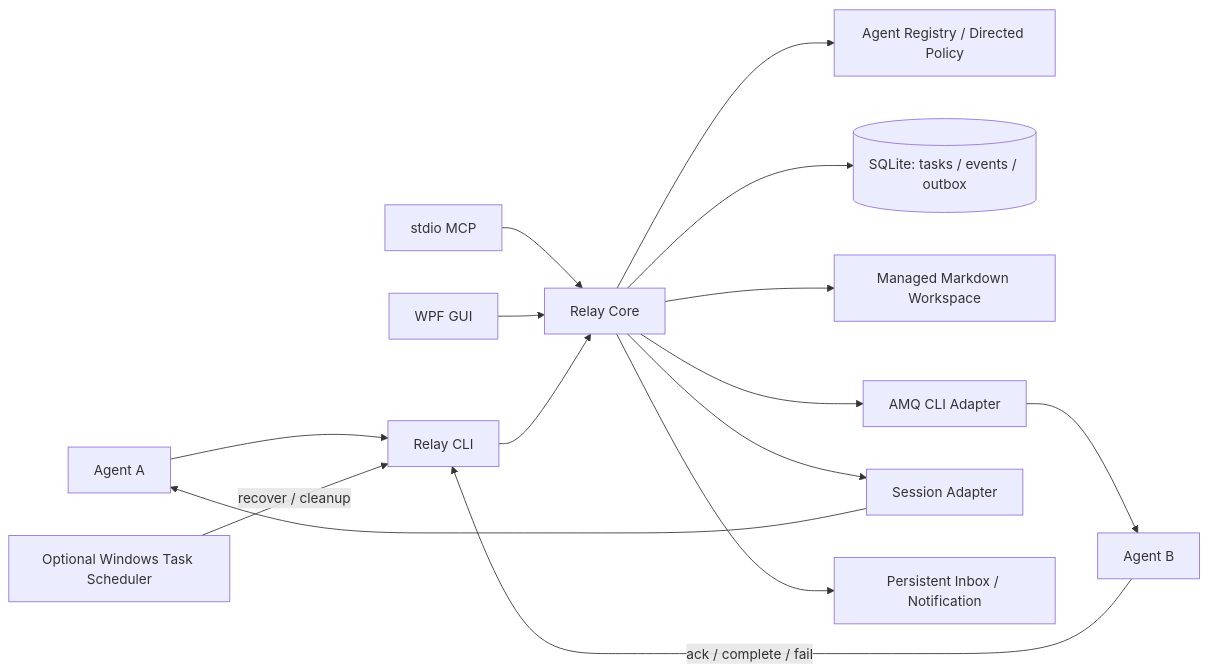
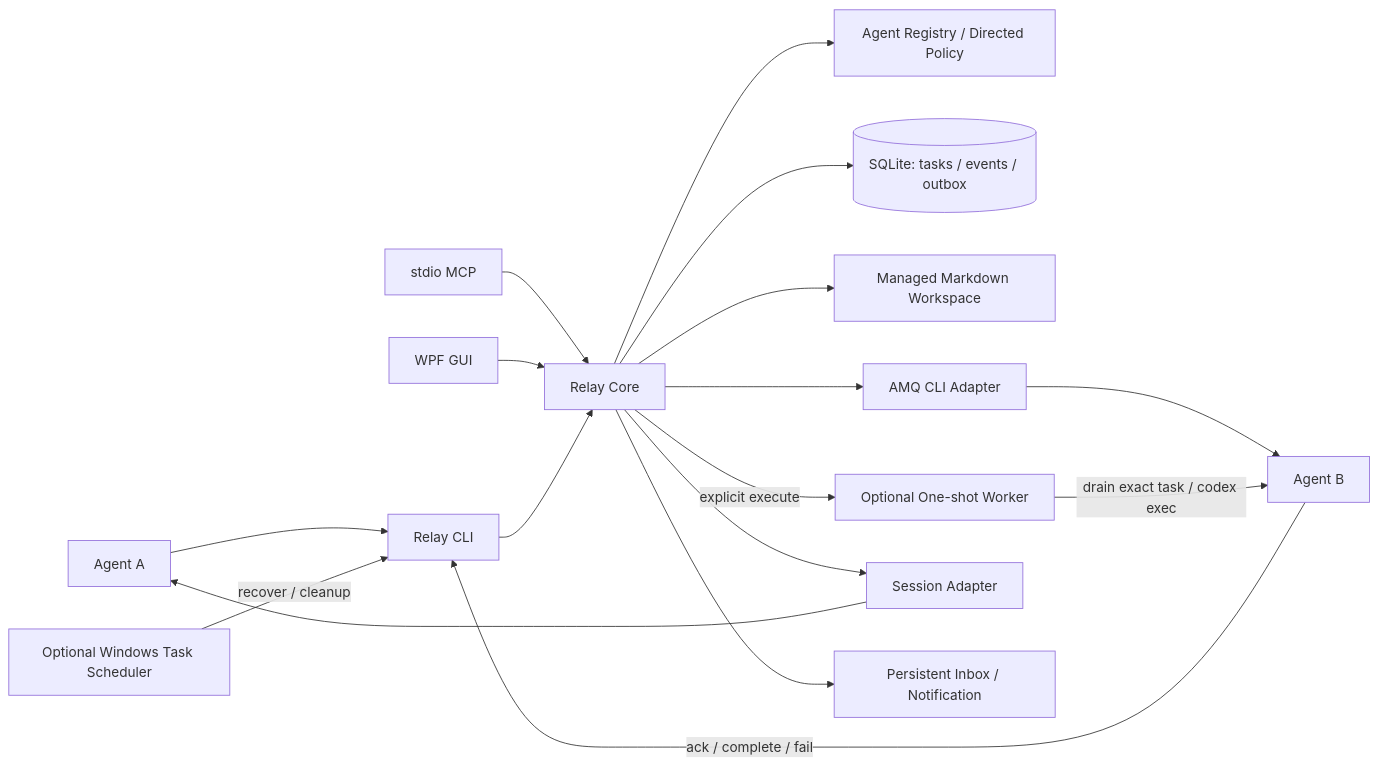
Before and after one commit to jason-namehard/agent-relay: the first of 2 diagrams in docs/ARCHITECTURE.md, drawn with Mermaid. The commit also changed other lines of this file and 18 other files, not shown here.

Commit message:
feat: run verified CLI agents through one-shot task workers

````diff
--- a/docs/ARCHITECTURE.md
+++ b/docs/ARCHITECTURE.md
@@ -9,17 +9,19 @@
 ```mermaid
 flowchart LR
     A[Agent A] --> CLI[Relay CLI]
     MCP[stdio MCP] --> Core[Relay Core]
     GUI[WPF GUI] --> Core
     CLI --> Core
     Core --> Registry[Agent Registry / Directed Policy]
     Core --> DB[(SQLite: tasks / events / outbox)]
     Core --> Files[Managed Markdown Workspace]
     Core --> Transport[AMQ CLI Adapter]
     Transport --> B[Agent B]
+    Worker[Optional One-shot Worker] -->|drain exact task / codex exec| B
+    Core -->|explicit execute| Worker
     B -->|ack / complete / fail| CLI
     Core --> Resume[Session Adapter]
     Resume --> A
     Core --> Notify[Persistent Inbox / Notification]
     Scheduler[Optional Windows Task Scheduler] -->|recover / cleanup| CLI
 ```
````
